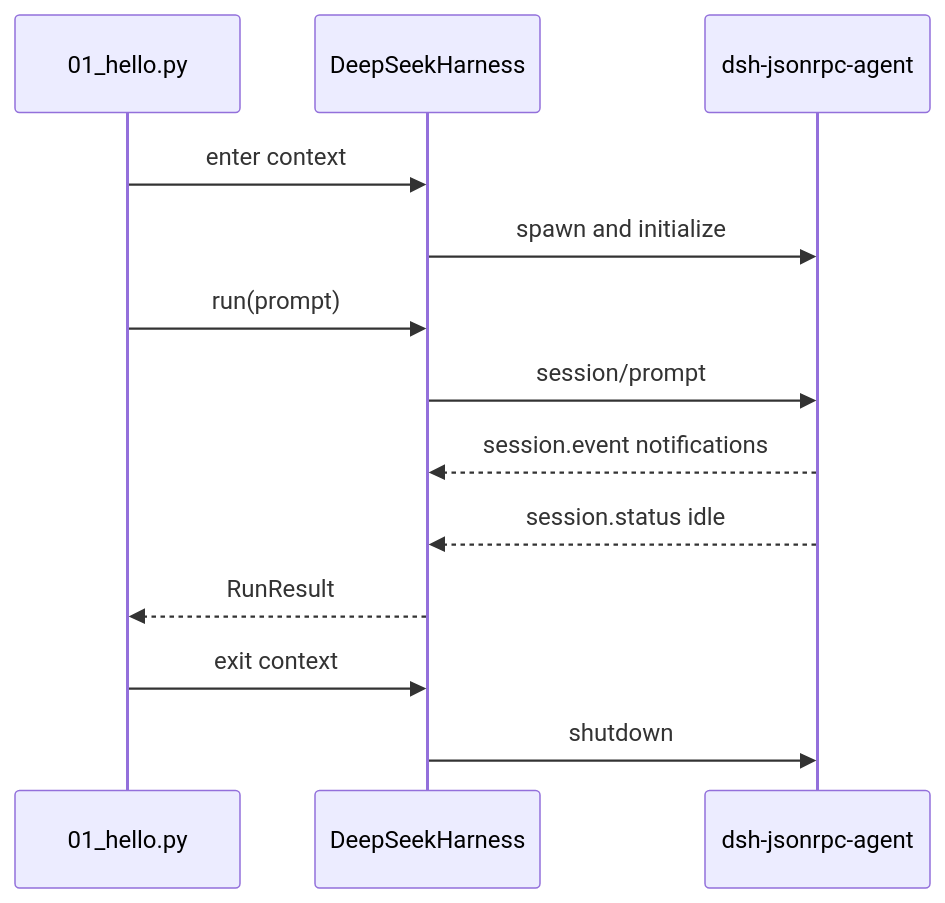
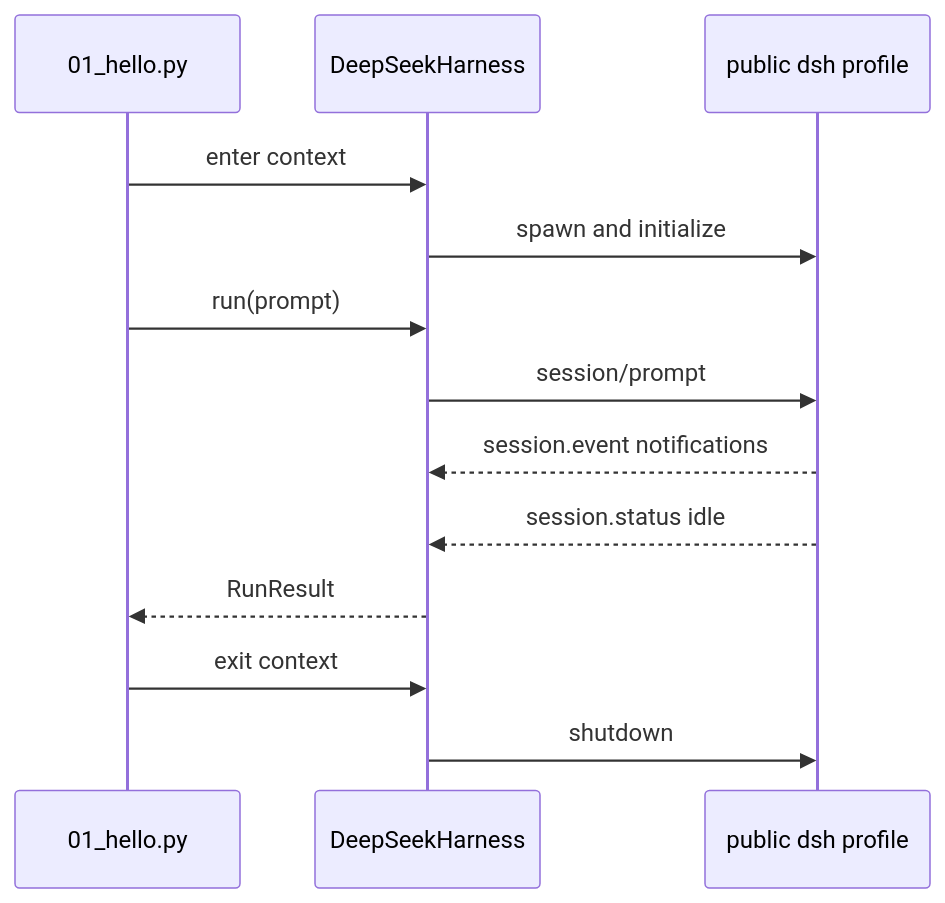
The diagram in tutorials/python-sdk/tutorials/01-hello.md (eriklee1895/hands-on-dsh), drawn with Mermaid before and after one commit. The commit also changed other lines of this file and 72 other files, not shown here.

Commit message:
feat: refresh DSH SDK tutorials and add runtime supervision lab

````diff
--- a/tutorials/python-sdk/tutorials/01-hello.md
+++ b/tutorials/python-sdk/tutorials/01-hello.md
@@ -27,15 +27,15 @@
 ```mermaid
 sequenceDiagram
     participant App as 01_hello.py
     participant SDK as DeepSeekHarness
-    participant Runtime as dsh-jsonrpc-agent
+    participant Runtime as public dsh profile
     App->>SDK: enter context
     SDK->>Runtime: spawn and initialize
     App->>SDK: run(prompt)
     SDK->>Runtime: session/prompt
     Runtime-->>SDK: session.event notifications
     Runtime-->>SDK: session.status idle
     SDK-->>App: RunResult
     App->>SDK: exit context
     SDK->>Runtime: shutdown
 ```
````
